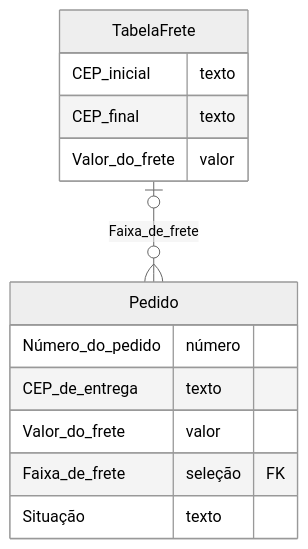
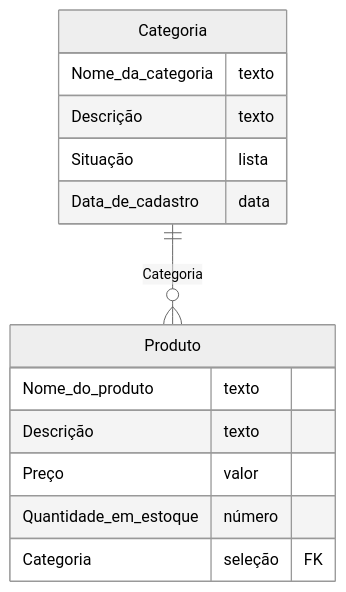
One commit to andromarcio/loja-acme-doc changed the second of 4 diagrams in global/DIAGRAMA-ER.md. Above: the diagram before and after it, drawn with Mermaid (neutral theme). The commit also changed other lines of this file and 33 other files, not shown here.

````diff
--- a/global/DIAGRAMA-ER.md
+++ b/global/DIAGRAMA-ER.md
@@ -9,16 +28,17 @@
 ```mermaid
 erDiagram
-  Pedido {
-    Número_do_pedido número
-    CEP_de_entrega texto
-    Valor_do_frete valor
-    Faixa_de_frete seleção FK
-    Situação texto
+  Categoria {
+    Nome_da_categoria texto
+    Descrição texto
+    Situação lista
+    Data_de_cadastro data
   }
-  TabelaFrete {
-    CEP_inicial texto
-    CEP_final texto
-    Valor_do_frete valor
+  Produto {
+    Nome_do_produto texto
+    Descrição texto
+    Preço valor
+    Quantidade_em_estoque número
+    Categoria seleção FK
   }
-  TabelaFrete |o--o{ Pedido : "Faixa_de_frete"
+  Categoria ||--o{ Produto : "Categoria"
 ```
````
